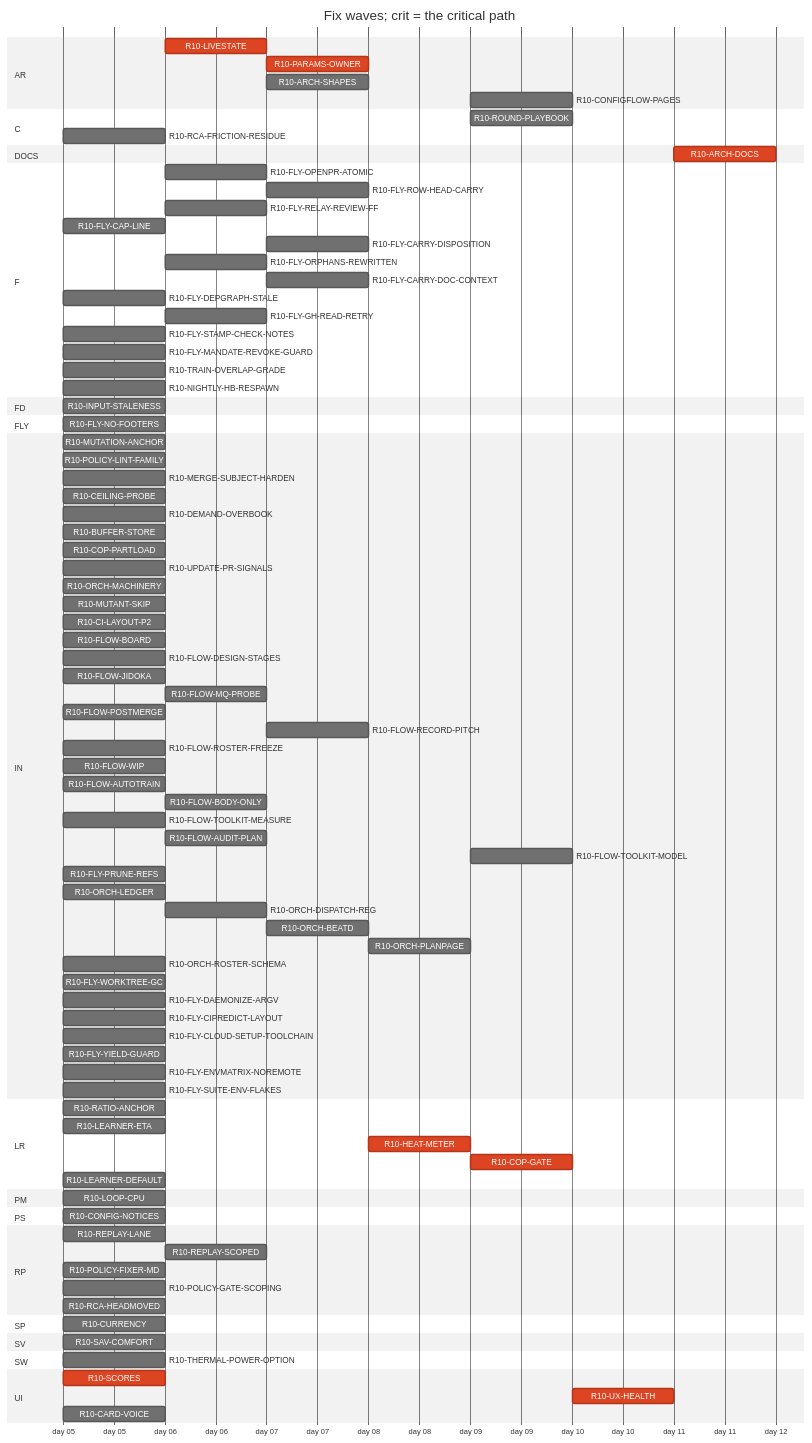
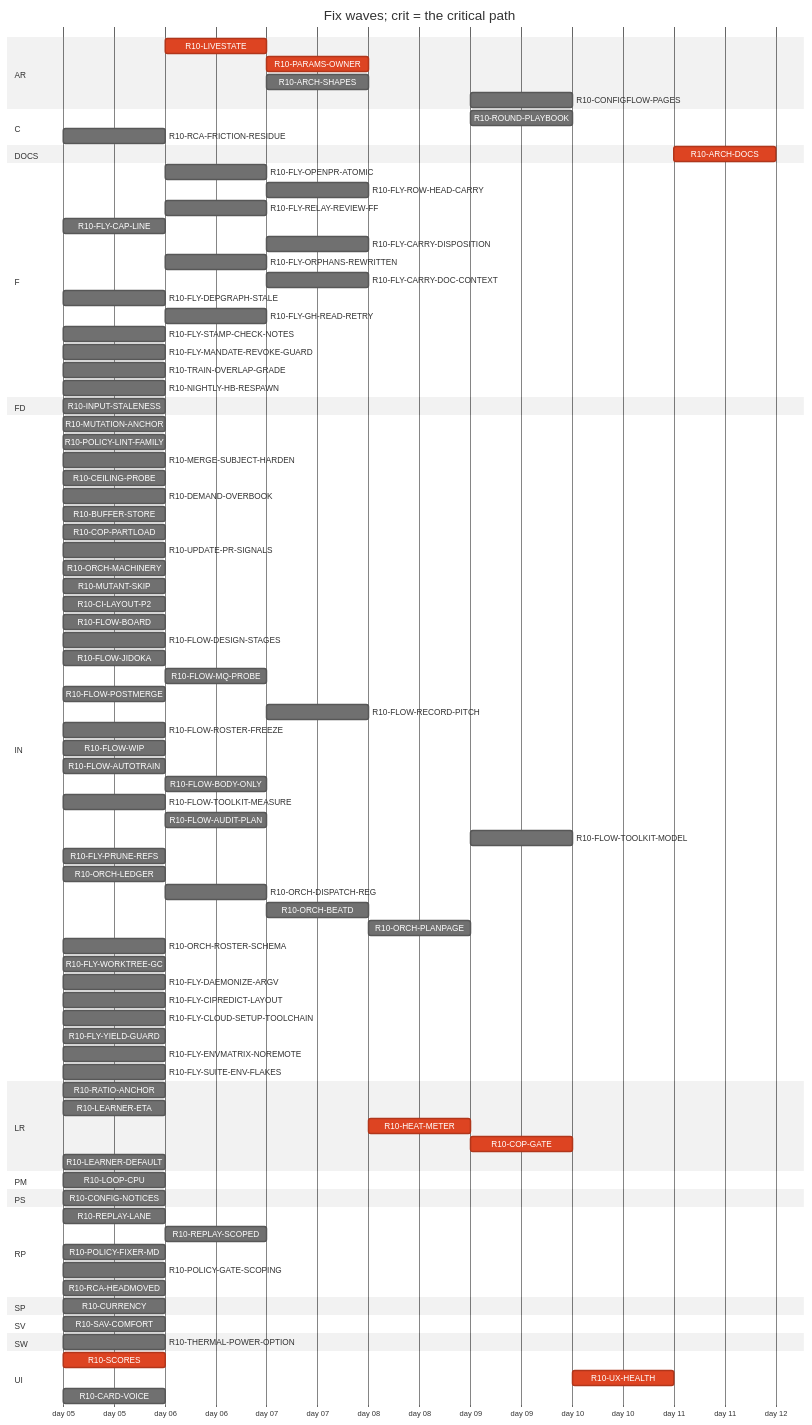
The diagram in handoff/round10/state/PLAN-TABLE.md (tvofi/heatpump_optimizer), drawn with Mermaid (neutral theme) before and after one commit. The commit also changed other lines of this file and 2 other files, not shown here.

```diff
--- a/handoff/round10/state/PLAN-TABLE.md
+++ b/handoff/round10/state/PLAN-TABLE.md
@@ -56,8 +55,6 @@
     R10-NIGHTLY-HB-RESPAWN :r10NIGHTLYHBRESPAWN, 2026-01-05, 1d
   section FD
     R10-INPUT-STALENESS :r10INPUTSTALENESS, 2026-01-05, 1d
-  section FLY
-    R10-FLY-NO-FOOTERS :r10FLYNOFOOTERS, 2026-01-05, 1d
   section IN
     R10-MUTATION-ANCHOR :r10MUTATIONANCHOR, 2026-01-05, 1d
     R10-POLICY-LINT-FAMILY :r10POLICYLINTFAMILY, 2026-01-05, 1d
```
